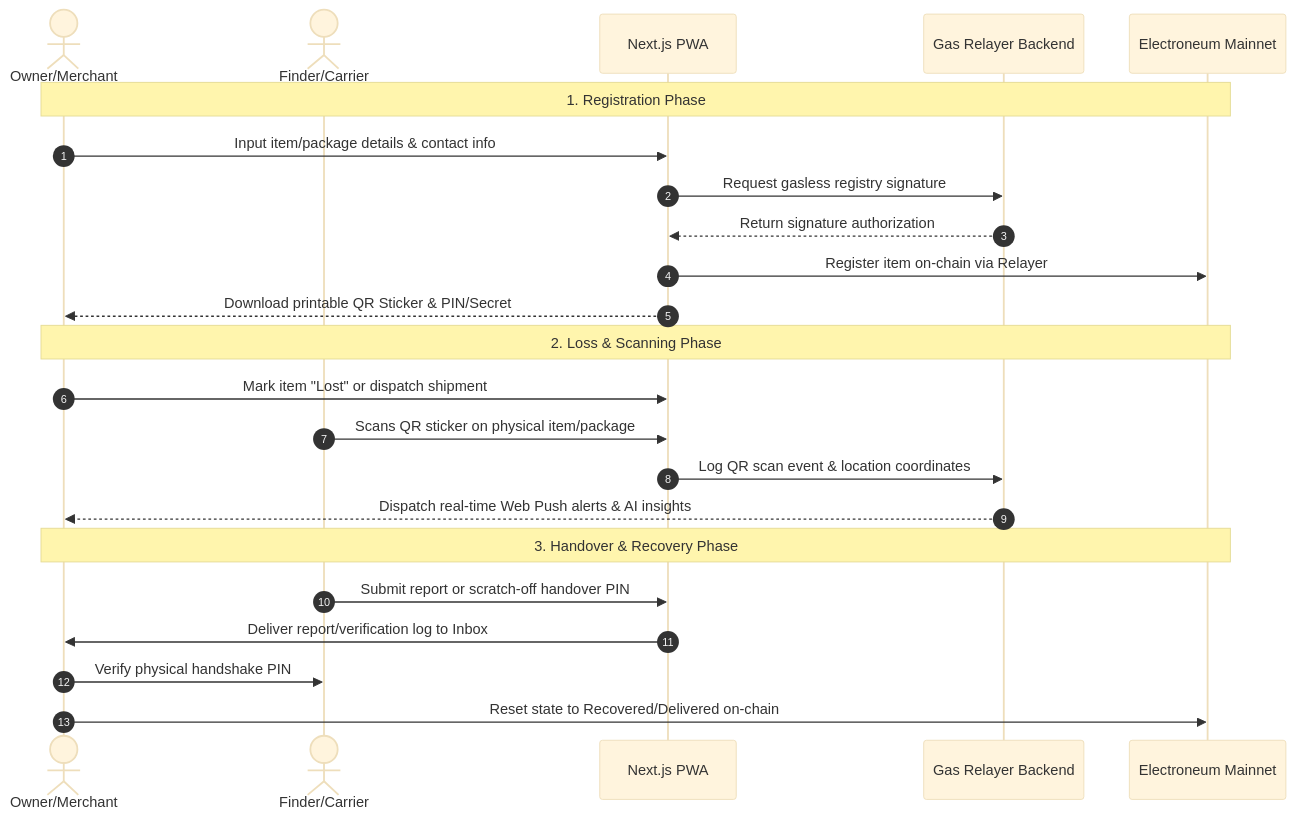
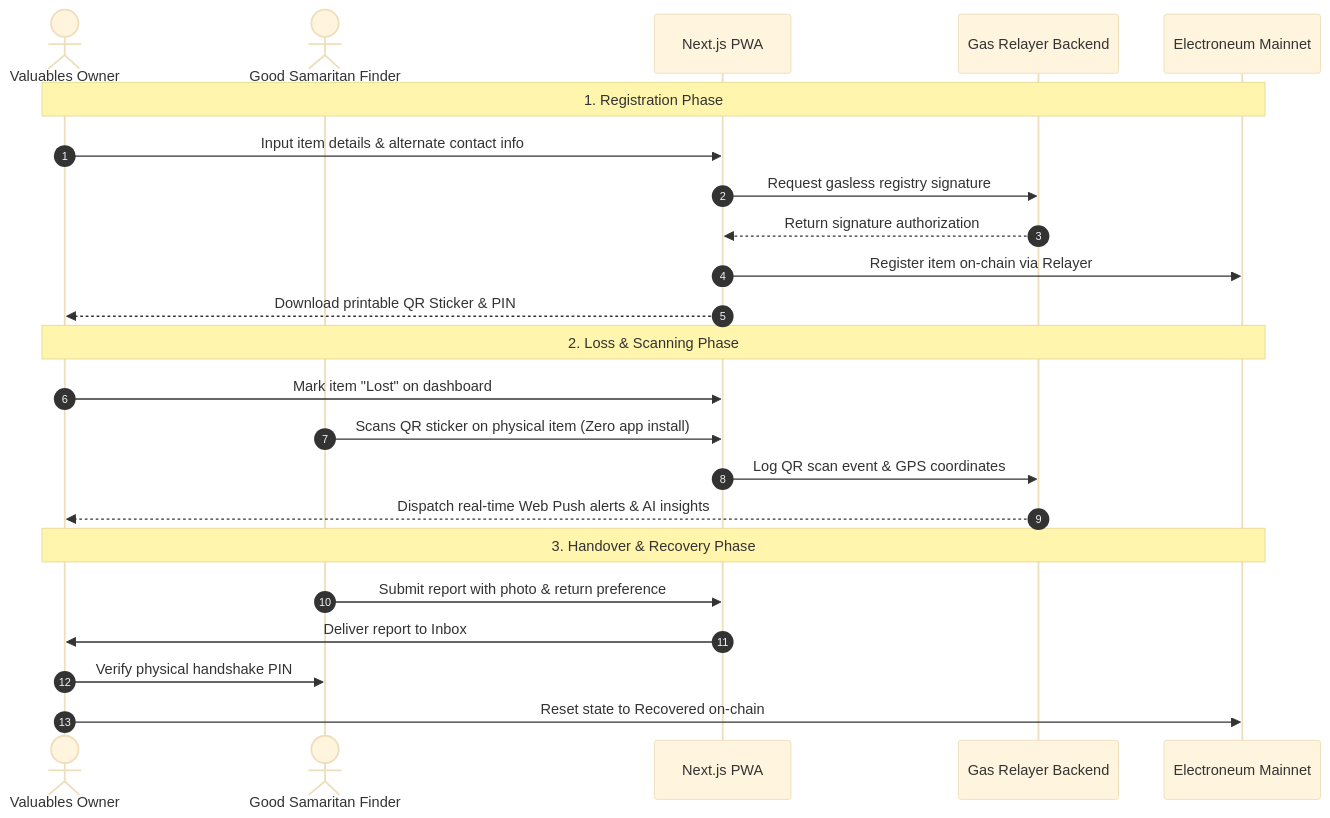
One commit to DevBigEazi/Recover changed the diagram in README.md. Above: the diagram before and after it, drawn with Mermaid (base theme). The commit also changed other lines of this file and 46 other files, not shown here.

````diff
--- a/README.md
+++ b/README.md
@@ -12,28 +9,28 @@
 ```mermaid
 sequenceDiagram
     autonumber
-    actor Owner/Merchant
-    actor Finder/Carrier
+    actor Owner as Valuables Owner
+    actor Finder as Good Samaritan Finder
     participant App as Next.js PWA
     participant Relayer as Gas Relayer Backend
     participant Chain as Electroneum Mainnet
 
-    Note over Owner/Merchant, Chain: 1. Registration Phase
-    Owner/Merchant->>App: Input item/package details & contact info
+    Note over Owner, Chain: 1. Registration Phase
+    Owner->>App: Input item details & alternate contact info
     App->>Relayer: Request gasless registry signature
     Relayer-->>App: Return signature authorization
     App->>Chain: Register item on-chain via Relayer
-    App-->>Owner/Merchant: Download printable QR Sticker & PIN/Secret
+    App-->>Owner: Download printable QR Sticker & PIN
 
-    Note over Owner/Merchant, Chain: 2. Loss & Scanning Phase
-    Owner/Merchant->>App: Mark item "Lost" or dispatch shipment
-    Finder/Carrier->>App: Scans QR sticker on physical item/package
-    App->>Relayer: Log QR scan event & location coordinates
-    Relayer-->>Owner/Merchant: Dispatch real-time Web Push alerts & AI insights
+    Note over Owner, Chain: 2. Loss & Scanning Phase
+    Owner->>App: Mark item "Lost" on dashboard
+    Finder->>App: Scans QR sticker on physical item (Zero app install)
+    App->>Relayer: Log QR scan event & GPS coordinates
+    Relayer-->>Owner: Dispatch real-time Web Push alerts & AI insights
 
-    Note over Owner/Merchant, Chain: 3. Handover & Recovery Phase
-    Finder/Carrier->>App: Submit report or scratch-off handover PIN
-    App->>Owner/Merchant: Deliver report/verification log to Inbox
-    Owner/Merchant->>Finder/Carrier: Verify physical handshake PIN
-    Owner/Merchant->>Chain: Reset state to Recovered/Delivered on-chain
+    Note over Owner, Chain: 3. Handover & Recovery Phase
+    Finder->>App: Submit report with photo & return preference
+    App->>Owner: Deliver report to Inbox
+    Owner->>Finder: Verify physical handshake PIN
+    Owner->>Chain: Reset state to Recovered on-chain
 ```
````
